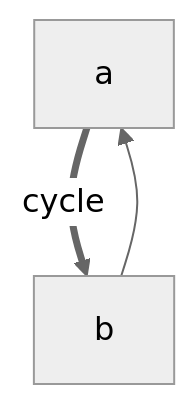
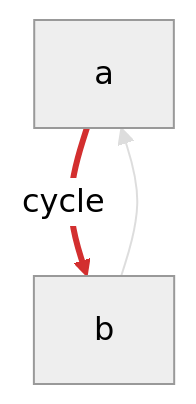
Before and after one commit to Hedgeinform/hi_flow: the first of 2 diagrams in hi_flow/skills/arch-audit/tests/fixtures/cycle-project/audit-report/audit-report.md, drawn with Mermaid (neutral theme). The commit also changed other lines of this file and 31 other files, not shown here.

First line of the commit message:
fix(arch-audit): post-Zhenka smoke fixes — metrics dedup, parse-error orphans, two-phase render, mermaid styling

````diff
--- a/hi_flow/skills/arch-audit/tests/fixtures/cycle-project/audit-report/audit-report.md
+++ b/hi_flow/skills/arch-audit/tests/fixtures/cycle-project/audit-report/audit-report.md
@@ -21,5 +21,9 @@
 ```mermaid
 flowchart TD
+    a
+    b
     a ==>|cycle| b
     b --> a
+    linkStyle 0 stroke:#d32f2f,stroke-width:3px
+    linkStyle 1 stroke:#bdbdbd,stroke-width:1px,opacity:0.5
 ```
````
